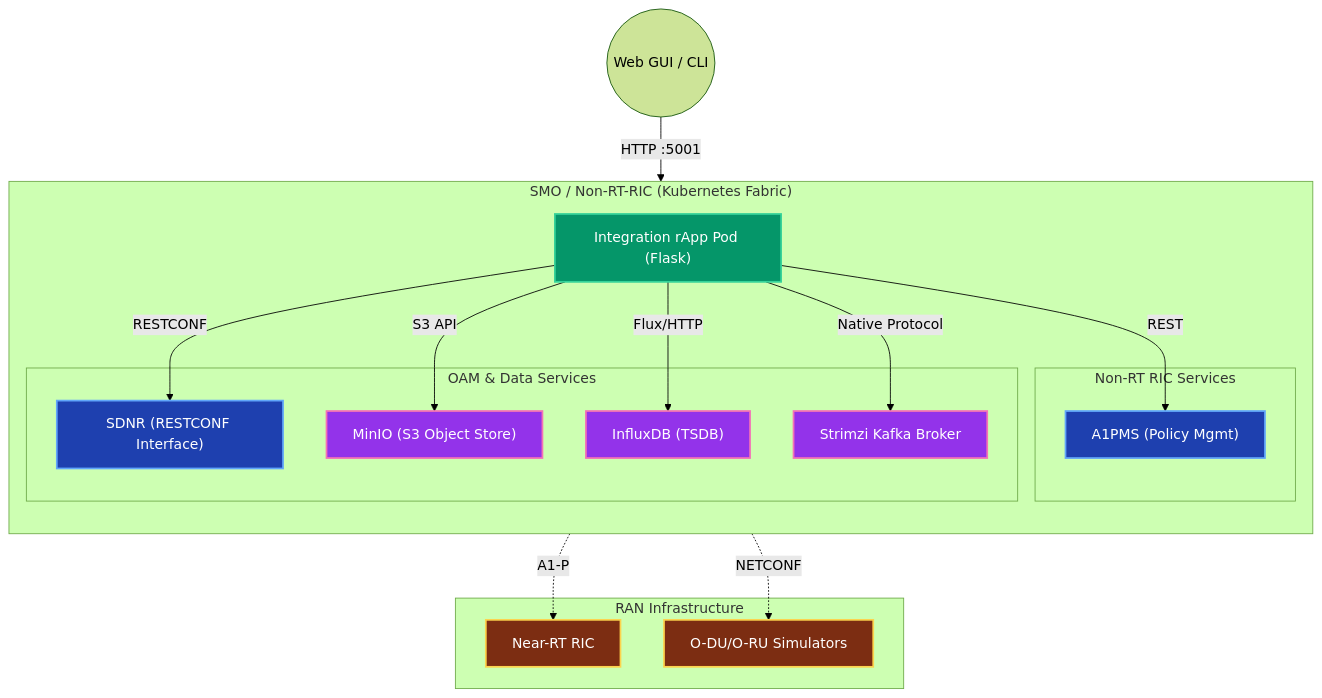
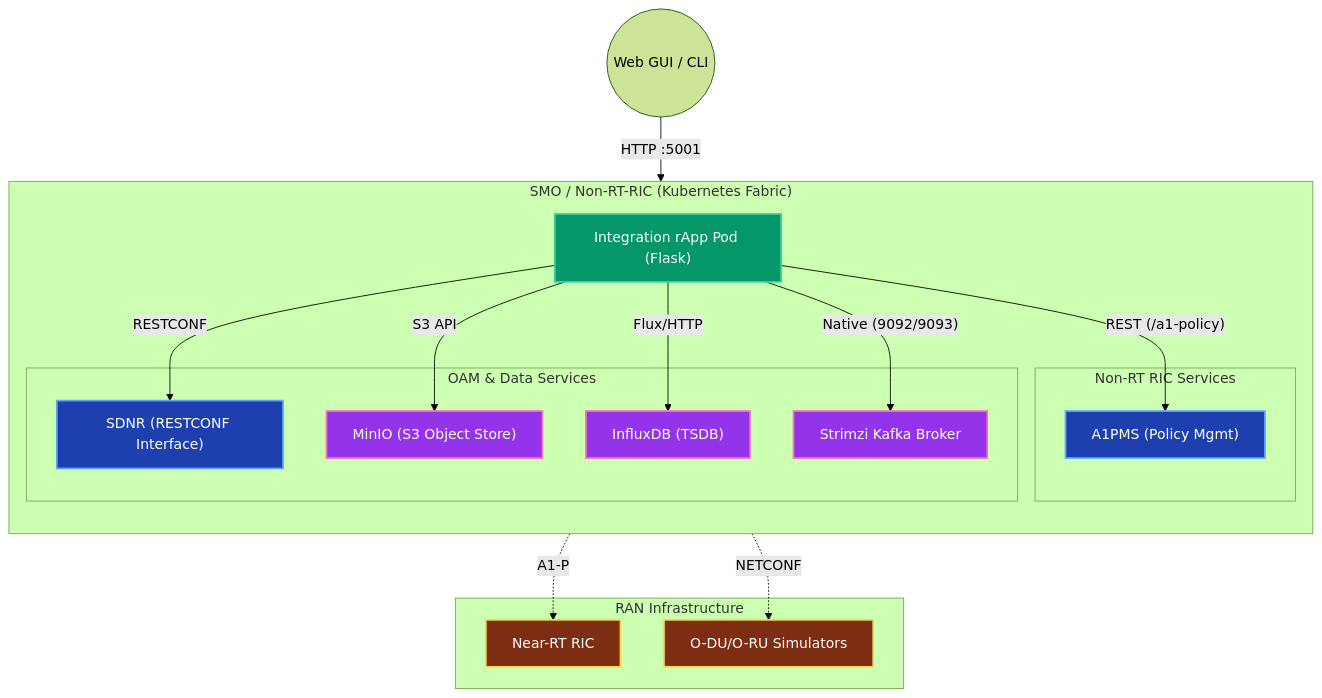
One commit to sknrao/oransc-sanity changed the first of 6 diagrams in agnik/integration-rapp/architecture.md. Above: the diagram before and after it, drawn with Mermaid (forest theme). The commit also changed other lines of this file and 5 other files, not shown here.

````diff
--- a/agnik/integration-rapp/architecture.md
+++ b/agnik/integration-rapp/architecture.md
@@ -11,43 +11,43 @@
 ```mermaid
 flowchart TB
     classDef smo fill:#1e40af,stroke:#60a5fa,stroke-width:2px,color:#fff
     classDef app fill:#059669,stroke:#34d399,stroke-width:2px,color:#fff
     classDef edge fill:#7c2d12,stroke:#fcd34d,stroke-width:2px,color:#fff
     classDef db fill:#9333ea,stroke:#f472b6,stroke-width:2px,color:#fff
 
     User((Web GUI / CLI))
 
     subgraph "SMO / Non-RT-RIC (Kubernetes Fabric)"
         direction TB
         RAPP["Integration rApp Pod (Flask)"]:::app
 
         subgraph "Non-RT RIC Services"
             A1PMS["A1PMS (Policy Mgmt)"]:::smo
         end
 
         subgraph "OAM & Data Services"
             SDNR["SDNR (RESTCONF Interface)"]:::smo
             Kafka["Strimzi Kafka Broker"]:::db
             MinIO["MinIO (S3 Object Store)"]:::db
             Influx["InfluxDB (TSDB)"]:::db
         end
     end
 
     subgraph "RAN Infrastructure"
         NearRIC["Near-RT RIC"]:::edge
         PNF["O-DU/O-RU Simulators"]:::edge
     end
 
     User -- "HTTP :5001" --> RAPP
 
     %% Southbound Logic
-    RAPP -- "REST" --> A1PMS
+    RAPP -- "REST (/a1-policy)" --> A1PMS
     RAPP -- "RESTCONF" --> SDNR
     RAPP -- "S3 API" --> MinIO
     RAPP -- "Flux/HTTP" --> Influx
-    RAPP -- "Native Protocol" --> Kafka
+    RAPP -- "Native (9092/9093)" --> Kafka
 
     %% External Control
     A1PMS -. "A1-P" .-> NearRIC
     SDNR -. "NETCONF" .-> PNF
 ```
````
